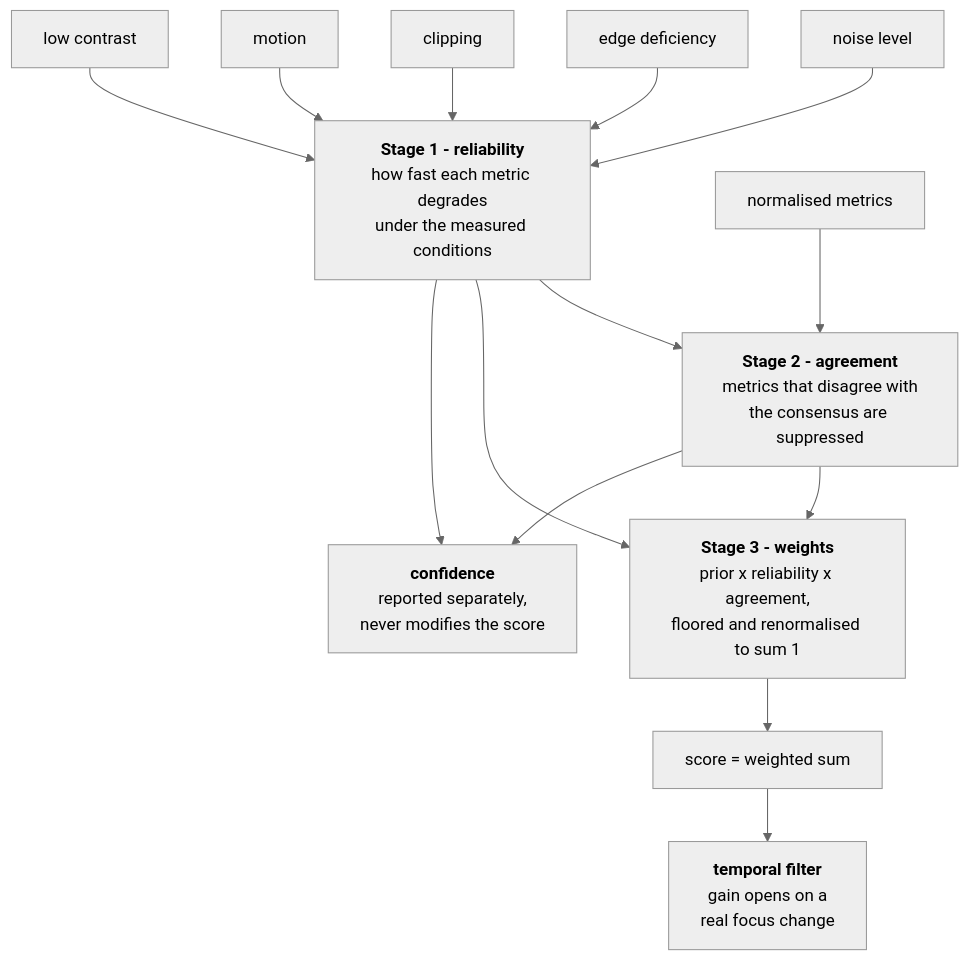
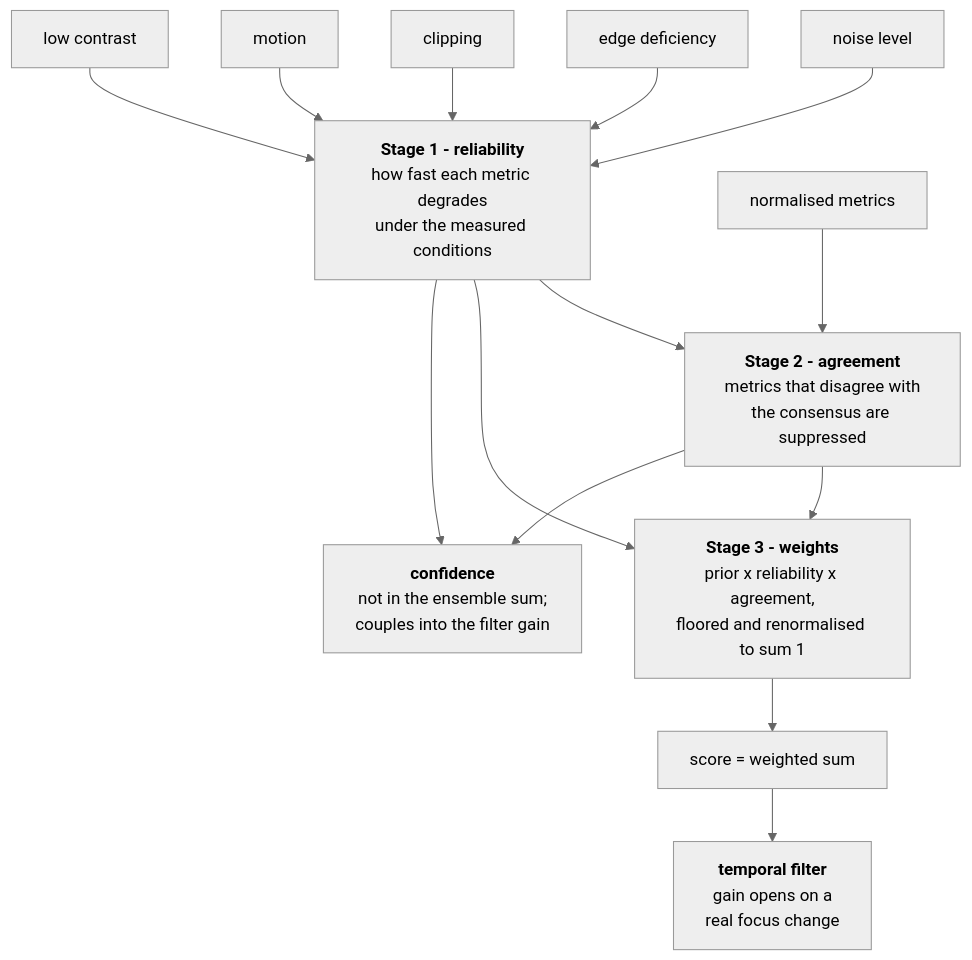
Before and after one commit to RE22GDV/adaptive-sharpness: the second of 4 diagrams in README.md, drawn with Mermaid (neutral theme). The commit also changed other lines of this file and 14 other files, not shown here.

````diff
--- a/README.md
+++ b/README.md
@@ -187,20 +187,20 @@
 ```mermaid
 flowchart TD
     D1[noise level] --> R
     D2[edge deficiency] --> R
     D3[clipping] --> R
     D4[motion] --> R
     D5[low contrast] --> R
 
     R["<b>Stage 1 - reliability</b><br/>how fast each metric degrades<br/>under the measured conditions"]
     S["normalised metrics"] --> A
     R --> A["<b>Stage 2 - agreement</b><br/>metrics that disagree with<br/>the consensus are suppressed"]
 
     R --> W["<b>Stage 3 - weights</b><br/>prior x reliability x agreement,<br/>floored and renormalised to sum 1"]
     A --> W
 
     W --> SC["score = weighted sum"]
-    R --> C["<b>confidence</b><br/>reported separately,<br/>never modifies the score"]
+    R --> C["<b>confidence</b><br/>not in the ensemble sum;<br/>couples into the filter gain"]
     A --> C
     SC --> T["<b>temporal filter</b><br/>gain opens on a<br/>real focus change"]
 ```
````
